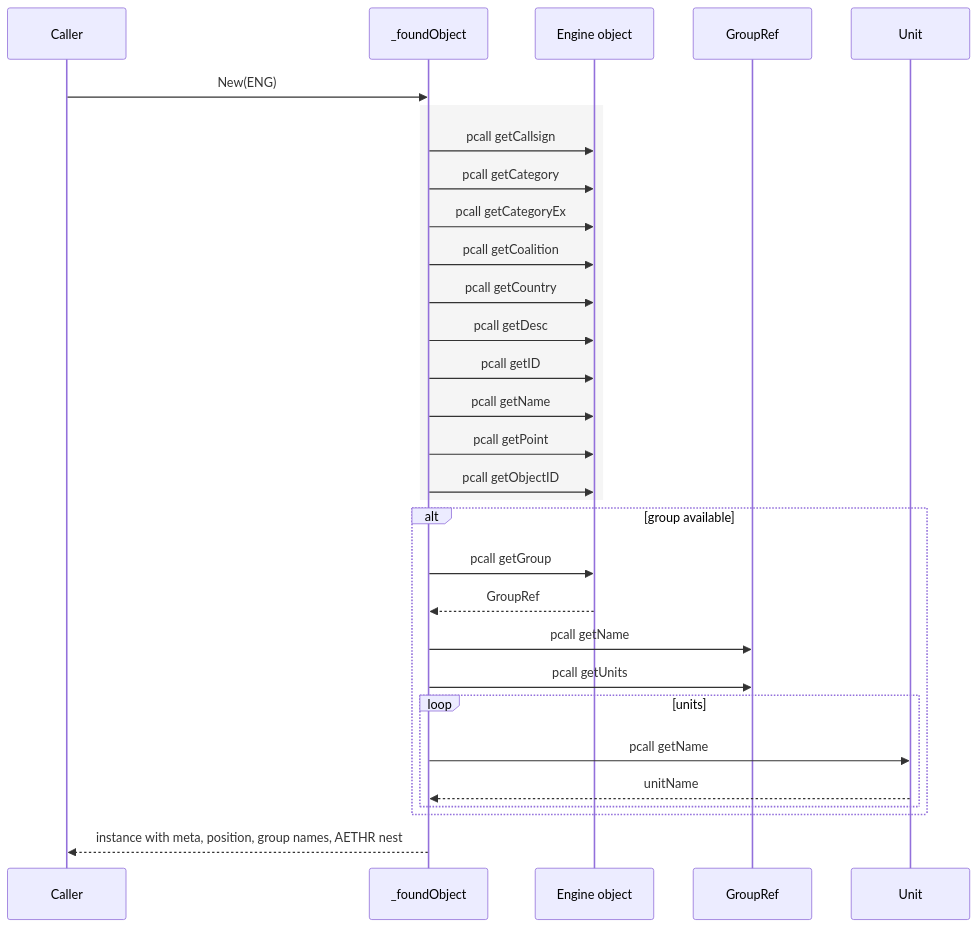
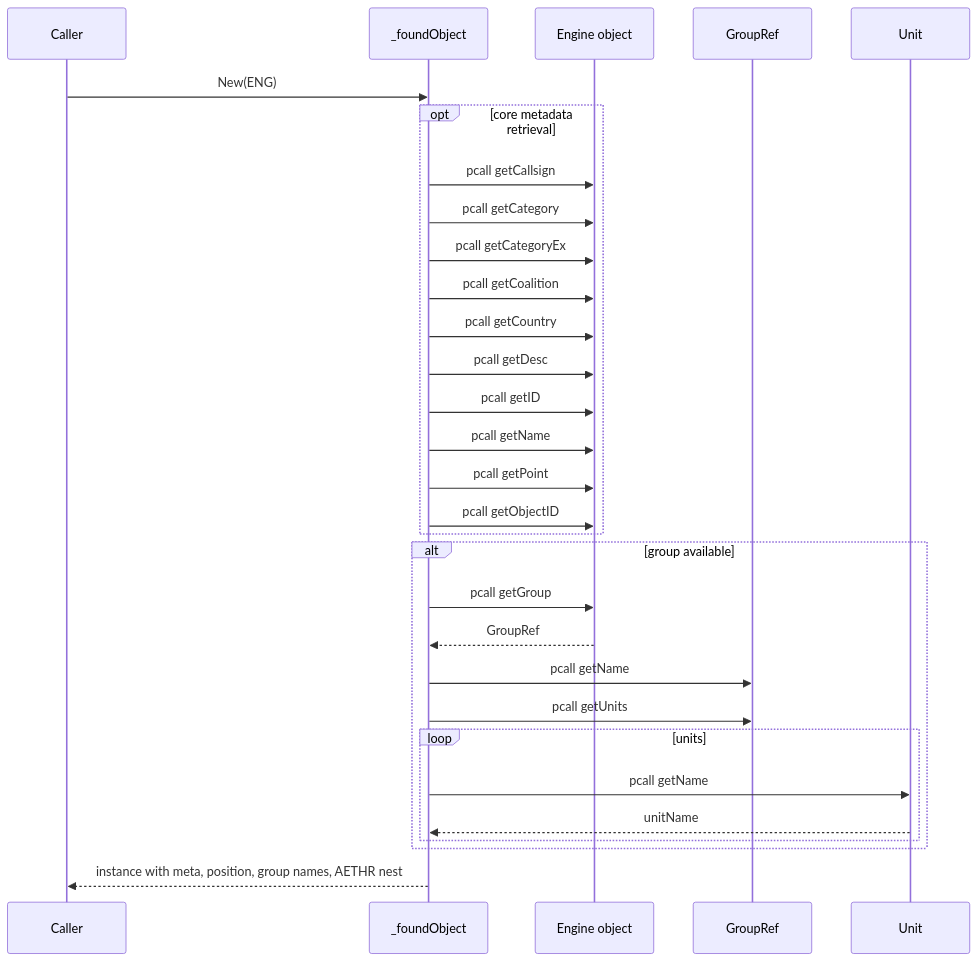
Before and after one commit to Gh0st352/AETHR: the first of 4 diagrams in docs/types/objects_and_airbases.md, drawn with Mermaid. The commit also changed other lines of this file and 8 other files, not shown here.

First line of the commit message:
docs(types, mermaid): normalize headings, restructure Mermaid diagrams, and standardize classes

````diff
--- a/docs/types/objects_and_airbases.md
+++ b/docs/types/objects_and_airbases.md
@@ -14,30 +14,31 @@
 ```mermaid
+%% shared theme: docs/_mermaid/theme.json %%
 sequenceDiagram
   participant C as Caller
   participant FO as _foundObject
   participant ENG as Engine object
   C->>FO: New(ENG)
-  rect rgb(245,245,245)
+  opt core metadata retrieval
     FO->>ENG: pcall getCallsign
     FO->>ENG: pcall getCategory
     FO->>ENG: pcall getCategoryEx
     FO->>ENG: pcall getCoalition
     FO->>ENG: pcall getCountry
     FO->>ENG: pcall getDesc
     FO->>ENG: pcall getID
     FO->>ENG: pcall getName
     FO->>ENG: pcall getPoint
     FO->>ENG: pcall getObjectID
   end
   alt group available
     FO->>ENG: pcall getGroup
     ENG-->>FO: GroupRef
     FO->>GroupRef: pcall getName
     FO->>GroupRef: pcall getUnits
     loop units
       FO->>Unit: pcall getName
       Unit-->>FO: unitName
     end
   end
   FO-->>C: instance with meta, position, group names, AETHR nest
 ```
````
